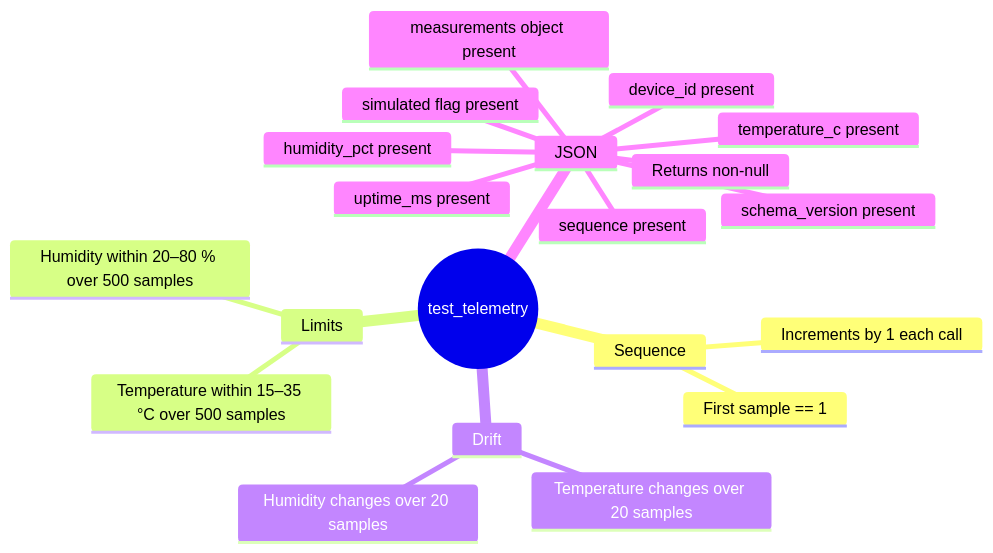
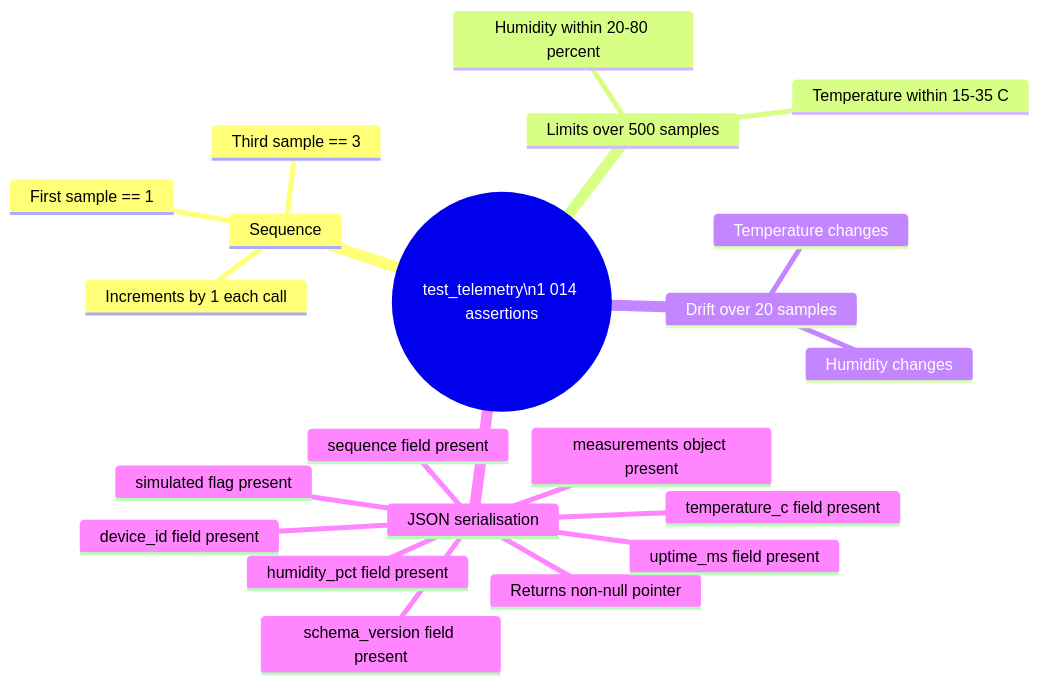
One commit to IoTEdgeConnect/firmware changed the second of 3 diagrams in docs/testing.md. Above: the diagram before and after it, drawn with Mermaid. The commit also changed other lines of this file and 4 other files, not shown here.

````diff
--- a/docs/testing.md
+++ b/docs/testing.md
@@ -20,23 +74,24 @@
 ```mermaid
 mindmap
-  root((test_telemetry))
+  root((test_telemetry\n1 014 assertions))
     Sequence
       First sample == 1
       Increments by 1 each call
-    Limits
-      Temperature within 15–35 °C over 500 samples
-      Humidity within 20–80 % over 500 samples
-    Drift
-      Temperature changes over 20 samples
-      Humidity changes over 20 samples
-    JSON
-      Returns non-null
-      schema_version present
-      device_id present
-      sequence present
-      uptime_ms present
+      Third sample == 3
+    Limits over 500 samples
+      Temperature within 15-35 C
+      Humidity within 20-80 percent
+    Drift over 20 samples
+      Temperature changes
+      Humidity changes
+    JSON serialisation
+      Returns non-null pointer
+      schema_version field present
+      device_id field present
+      sequence field present
+      uptime_ms field present
       simulated flag present
       measurements object present
-      temperature_c present
-      humidity_pct present
+      temperature_c field present
+      humidity_pct field present
 ```
````
